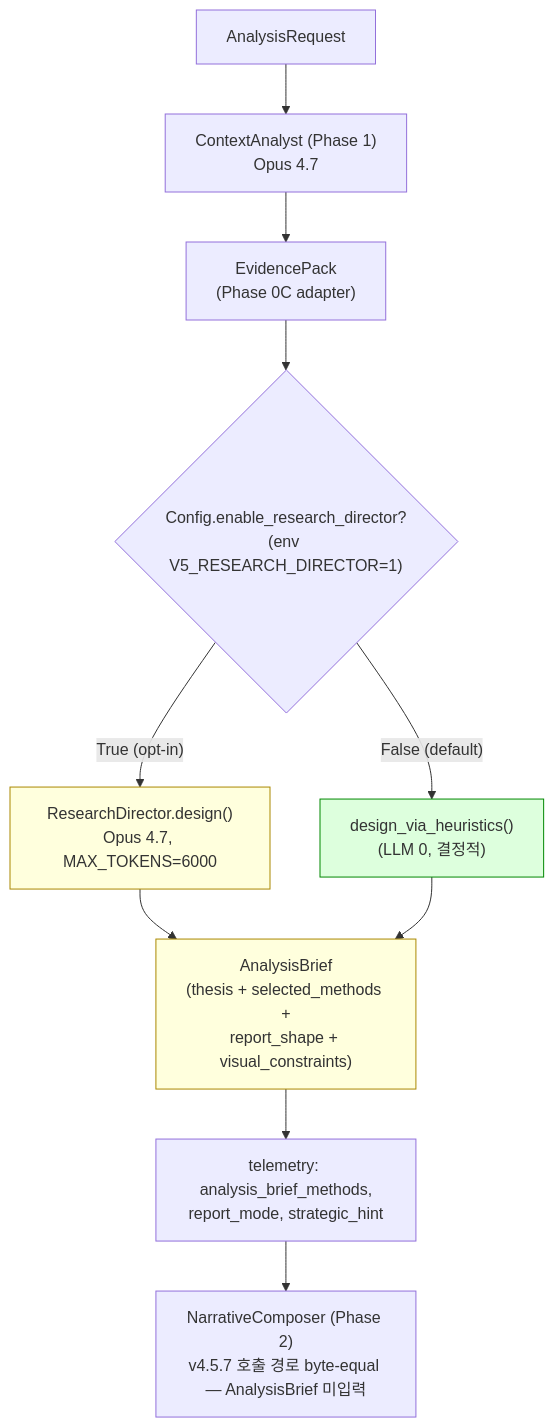
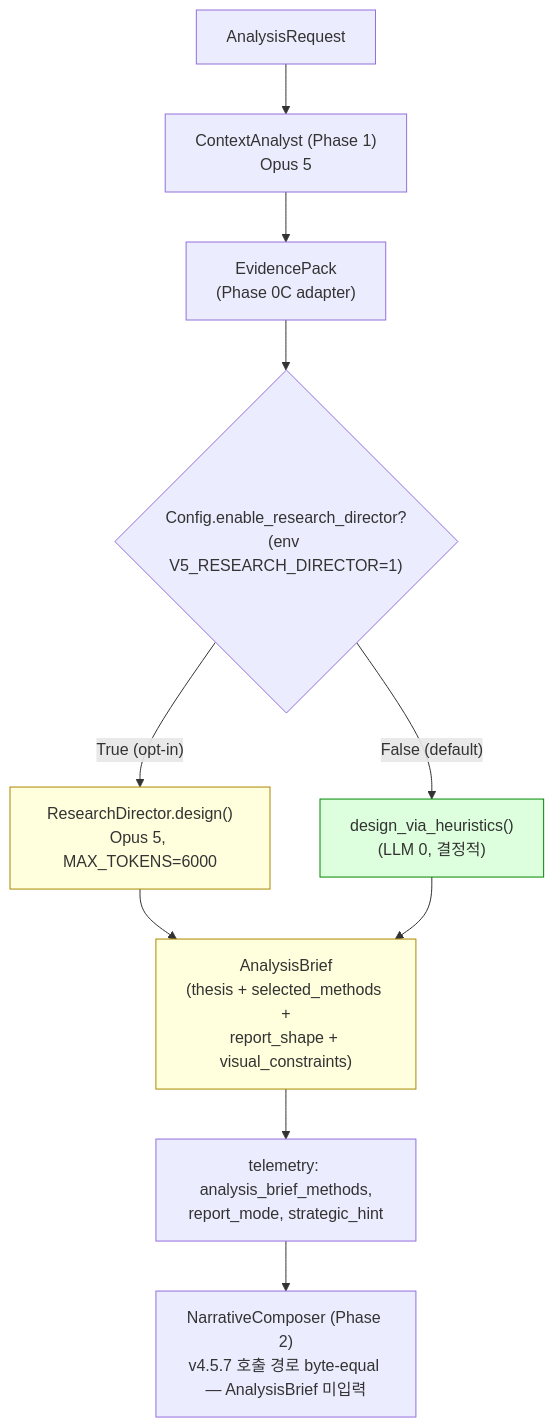
One commit to doroper98/agents_reviewer changed the seventh of 7 diagrams in docs/ARCHITECTURE.md. Above: the diagram before and after it, drawn with Mermaid. The commit also changed other lines of this file and 15 other files, not shown here.

````diff
--- a/docs/ARCHITECTURE.md
+++ b/docs/ARCHITECTURE.md
@@ -454,16 +454,16 @@
 ```mermaid
 flowchart TD
-    REQ["AnalysisRequest"] --> CTX["ContextAnalyst (Phase 1)<br/>Opus 4.7"]
+    REQ["AnalysisRequest"] --> CTX["ContextAnalyst (Phase 1)<br/>Opus 5"]
     CTX --> EP["EvidencePack<br/>(Phase 0C adapter)"]
     EP --> FLAG{"Config.enable_research_director?<br/>(env V5_RESEARCH_DIRECTOR=1)"}
-    FLAG -->|"True (opt-in)"| RD["ResearchDirector.design()<br/>Opus 4.7, MAX_TOKENS=6000"]
+    FLAG -->|"True (opt-in)"| RD["ResearchDirector.design()<br/>Opus 5, MAX_TOKENS=6000"]
     FLAG -->|"False (default)"| HEUR["design_via_heuristics()<br/>(LLM 0, 결정적)"]
     RD --> AB["AnalysisBrief<br/>(thesis + selected_methods +<br/>report_shape + visual_constraints)"]
     HEUR --> AB
     AB --> TELE["telemetry: analysis_brief_methods,<br/>report_mode, strategic_hint"]
     TELE --> COMP["NarrativeComposer (Phase 2)<br/>v4.5.7 호출 경로 byte-equal — AnalysisBrief 미입력"]
 
     style RD fill:#ffd,stroke:#a80
     style HEUR fill:#dfd,stroke:#080
     style AB fill:#ffd,stroke:#a80
 ```
````
